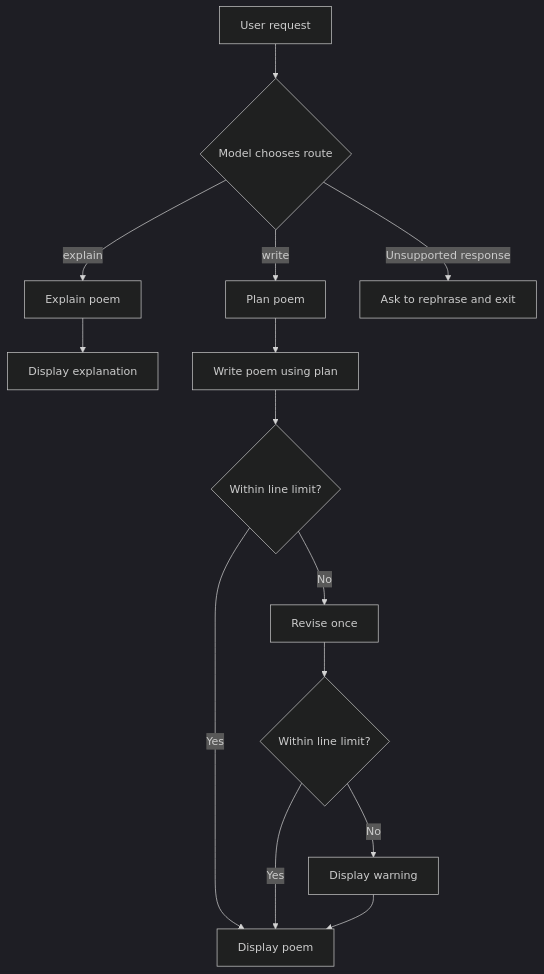
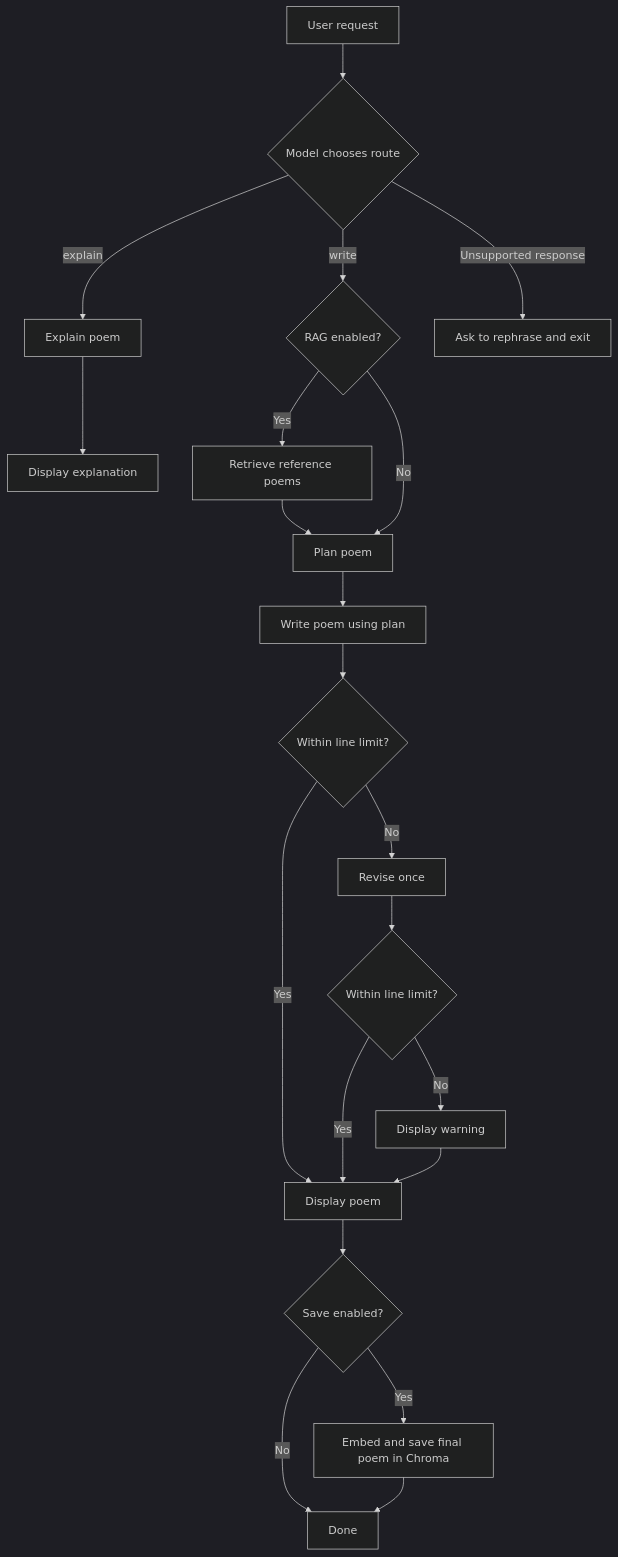
The diagram in README.md (letuwwa/langchain-poems-project), drawn with Mermaid (dark theme) before and after one commit. The commit also changed other lines of this file, not shown here.

````diff
--- a/README.md
+++ b/README.md
@@ -23,16 +31,23 @@
 ```mermaid
 flowchart TD
     Input[User request] --> Router{Model chooses route}
     Router -->|explain| Explain[Explain poem]
     Explain --> Explanation[Display explanation]
-    Router -->|write| Plan[Plan poem]
+    Router -->|write| RAG{RAG enabled?}
+    RAG -->|Yes| Retrieve[Retrieve reference poems]
+    Retrieve --> Plan[Plan poem]
+    RAG -->|No| Plan
     Plan --> Write[Write poem using plan]
     Write --> Check{Within line limit?}
     Check -->|Yes| Output[Display poem]
     Check -->|No| Revise[Revise once]
     Revise --> Recheck{Within line limit?}
     Recheck -->|Yes| Output
     Recheck -->|No| Warning[Display warning]
     Warning --> Output
+    Output --> Save{Save enabled?}
+    Save -->|Yes| Store[Embed and save final poem in Chroma]
+    Save -->|No| Done[Done]
+    Store --> Done
     Router -->|Unsupported response| Error[Ask to rephrase and exit]
 ```
````
